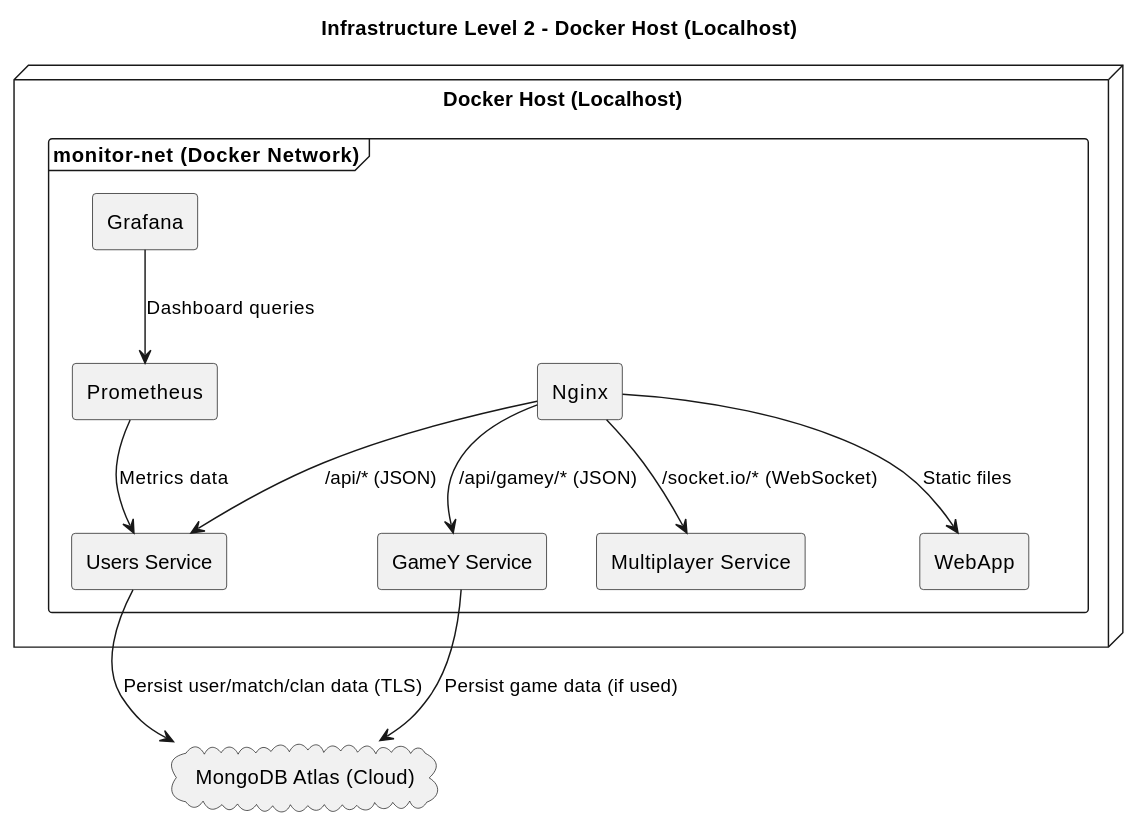
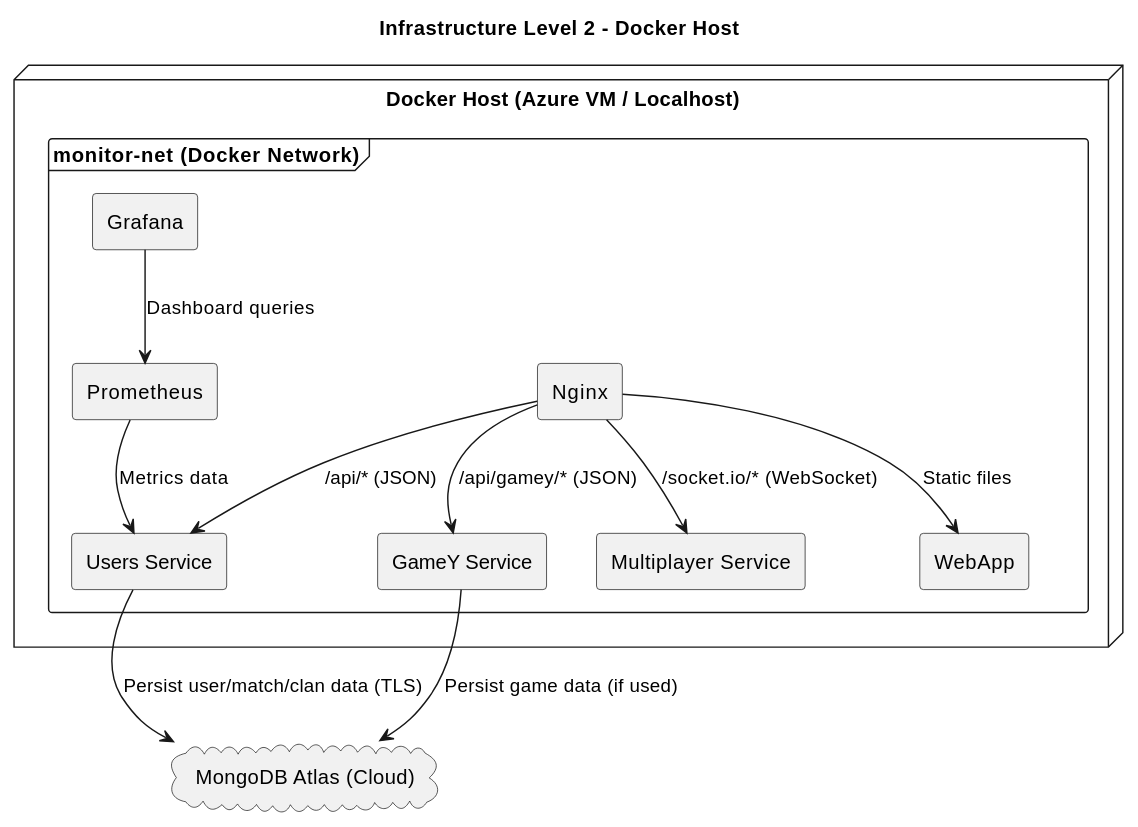
The second of 6 diagrams in docs/src/07_deployment_view.adoc (Arquisoft/yovi_es1a), drawn with PlantUML before and after one commit. The commit also changed other lines of this file and 2 other files, not shown here.

```diff
--- a/docs/src/07_deployment_view.adoc
+++ b/docs/src/07_deployment_view.adoc
@@ -177,34 +182,34 @@
 [plantuml]
 ----
 @startuml
-title Infrastructure Level 2 - Docker Host (Localhost)
+title Infrastructure Level 2 - Docker Host
 
 skinparam shadowing false
 skinparam componentStyle rectangle
 
-node "Docker Host (Localhost)" as host {
+node "Docker Host (Azure VM / Localhost)" as host {
   frame "monitor-net (Docker Network)" as net {
     [Nginx] as nginx
     [WebApp] as webapp
     [Users Service] as users
     [GameY Service] as gamey
     [Multiplayer Service] as multiplayer
     [Prometheus] as prom
     [Grafana] as graf
   }
 }
 
 cloud "MongoDB Atlas (Cloud)" as mongo
 
 nginx --> webapp : Static files
 nginx --> users : /api/* (JSON)
 nginx --> gamey : /api/gamey/* (JSON)
 nginx --> multiplayer : /socket.io/* (WebSocket)
 
 users --> mongo : Persist user/match/clan data (TLS)
 gamey --> mongo : Persist game data (if used)
 
 prom --> users : Metrics data
 graf --> prom : Dashboard queries
 @enduml
 ----
```
